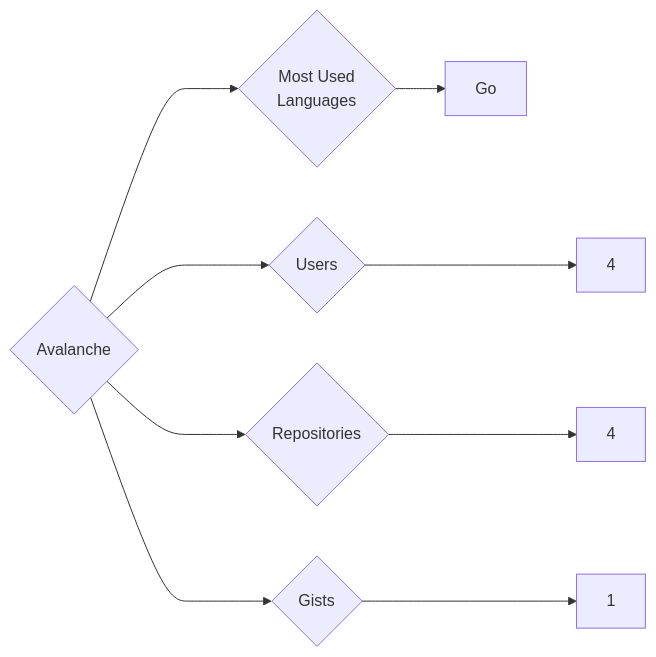
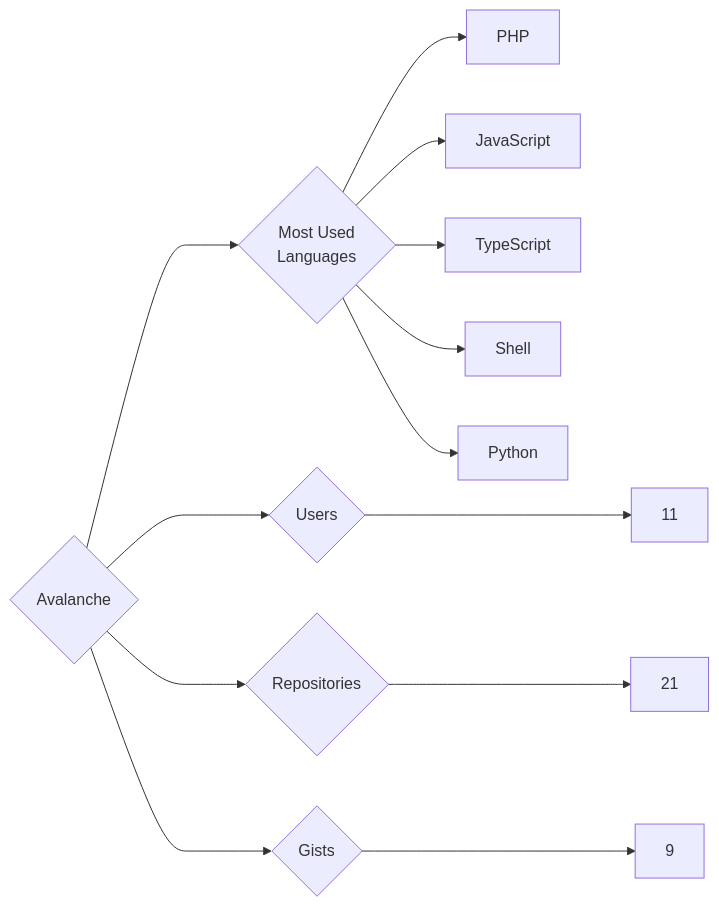
The diagram in targets/Avalanche/README.md (trickest/insiders), drawn with Mermaid before and after one commit. The commit also changed 1166 other files, not shown here.

````diff
--- a/targets/Avalanche/README.md
+++ b/targets/Avalanche/README.md
@@ -3,9 +3,13 @@
 ```mermaid
 graph LR
 COMPANY_NAME{Avalanche}
-COMPANY_NAME ---> U{Users} ---> UN[4]
-COMPANY_NAME ---> R{Repositories} ---> RN[4]
-COMPANY_NAME ---> G{Gists} ---> GN[1]
+COMPANY_NAME ---> U{Users} ---> UN[11]
+COMPANY_NAME ---> R{Repositories} ---> RN[21]
+COMPANY_NAME ---> G{Gists} ---> GN[9]
 COMPANY_NAME ---> ML{Most Used<br>Languages}
-ML --> Go[Go]
+ML --> PHP[PHP]
+ML --> JavaScript[JavaScript]
+ML --> TypeScript[TypeScript]
+ML --> Shell[Shell]
+ML --> Python[Python]
 ```
````
